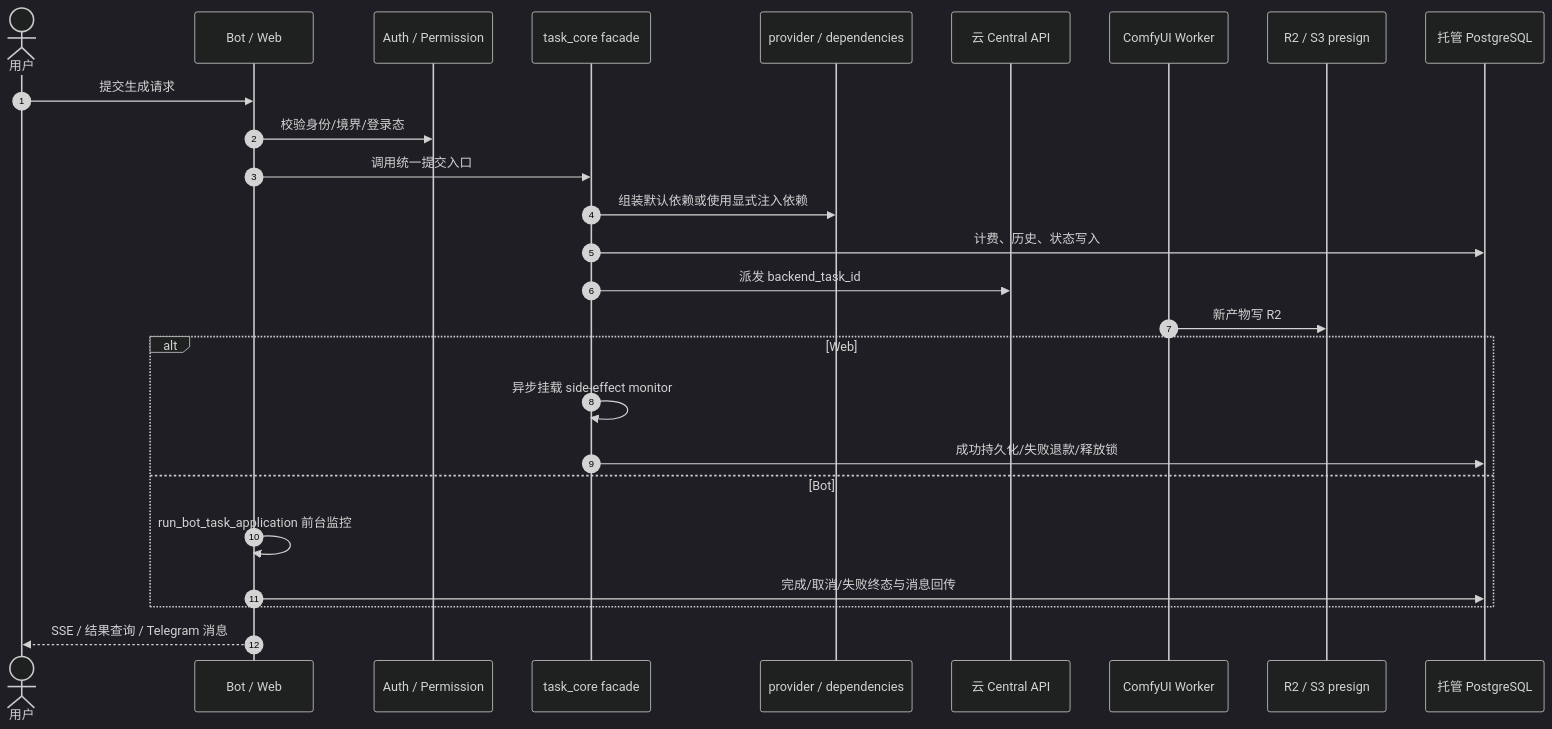
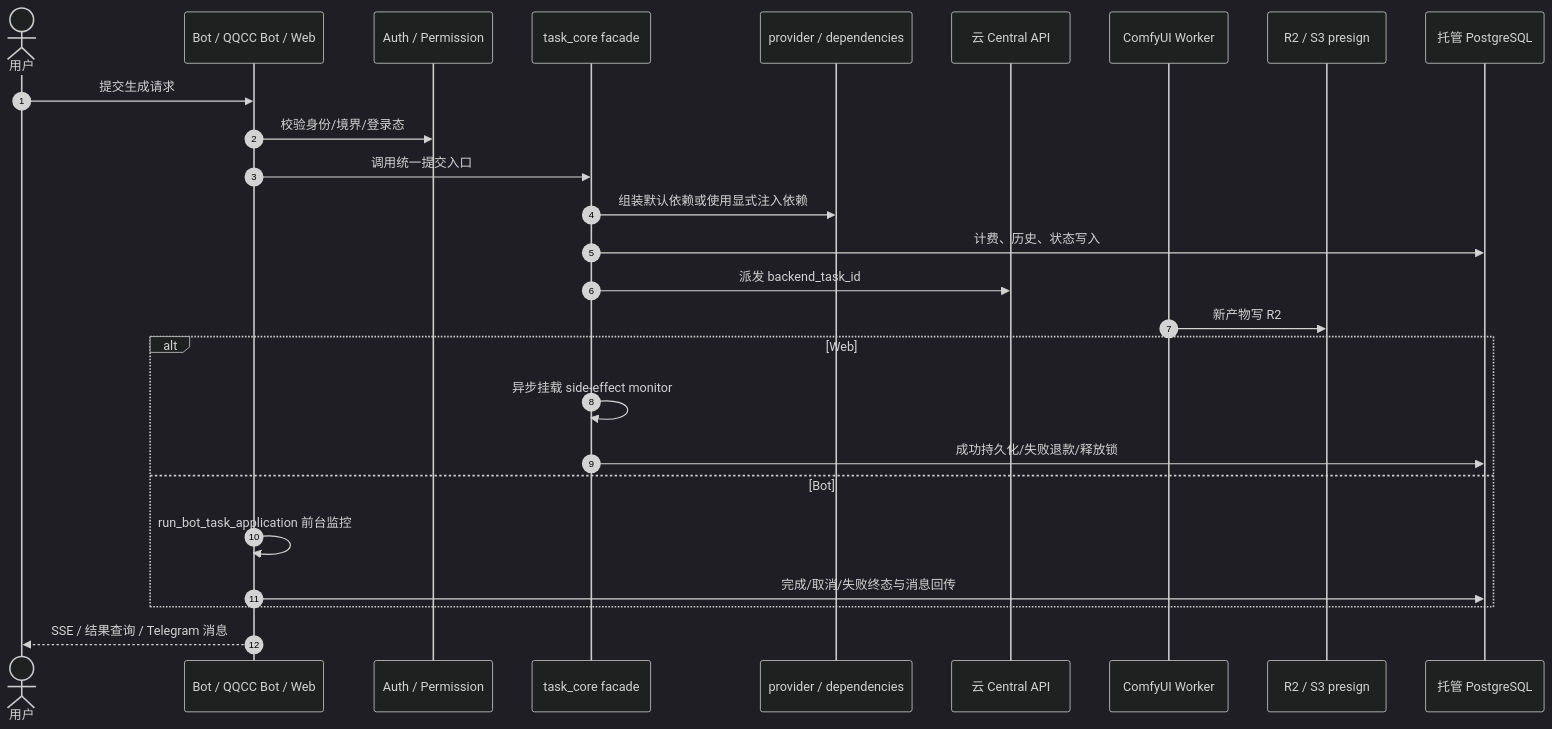
One commit to giraffu/All_bot changed the second of 2 diagrams in docs/system_architecture_report.md. Above: the diagram before and after it, drawn with Mermaid (dark theme). The commit also changed other lines of this file and 34 other files, not shown here.

````diff
--- a/docs/system_architecture_report.md
+++ b/docs/system_architecture_report.md
@@ -130,29 +136,29 @@
 ```mermaid
 sequenceDiagram
     autonumber
     actor U as 用户
-    participant Entry as Bot / Web
+    participant Entry as Bot / QQCC Bot / Web
     participant Auth as Auth / Permission
     participant Facade as task_core facade
     participant Deps as provider / dependencies
     participant Central as 云 Central API
     participant Worker as ComfyUI Worker
     participant Store as R2 / S3 presign
     participant PG as 托管 PostgreSQL
 
     U->>Entry: 提交生成请求
     Entry->>Auth: 校验身份/境界/登录态
     Entry->>Facade: 调用统一提交入口
     Facade->>Deps: 组装默认依赖或使用显式注入依赖
     Facade->>PG: 计费、历史、状态写入
     Facade->>Central: 派发 backend_task_id
     Worker->>Store: 新产物写 R2
     alt Web
         Facade->>Facade: 异步挂载 side-effect monitor
         Facade->>PG: 成功持久化/失败退款/释放锁
     else Bot
         Entry->>Entry: run_bot_task_application 前台监控
         Entry->>PG: 完成/取消/失败终态与消息回传
     end
     Entry-->>U: SSE / 结果查询 / Telegram 消息
 ```
````
